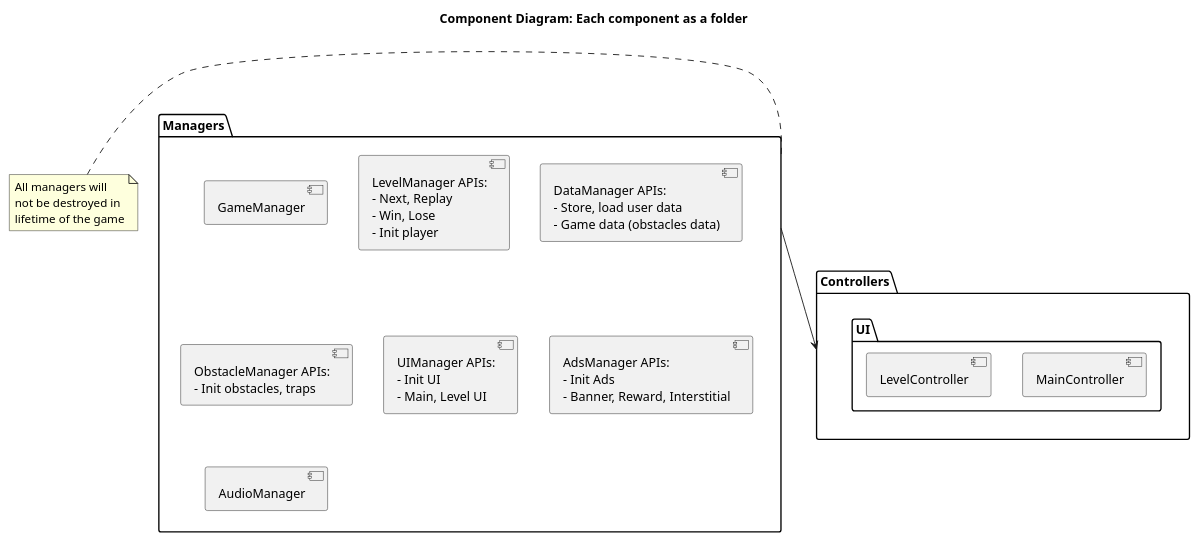
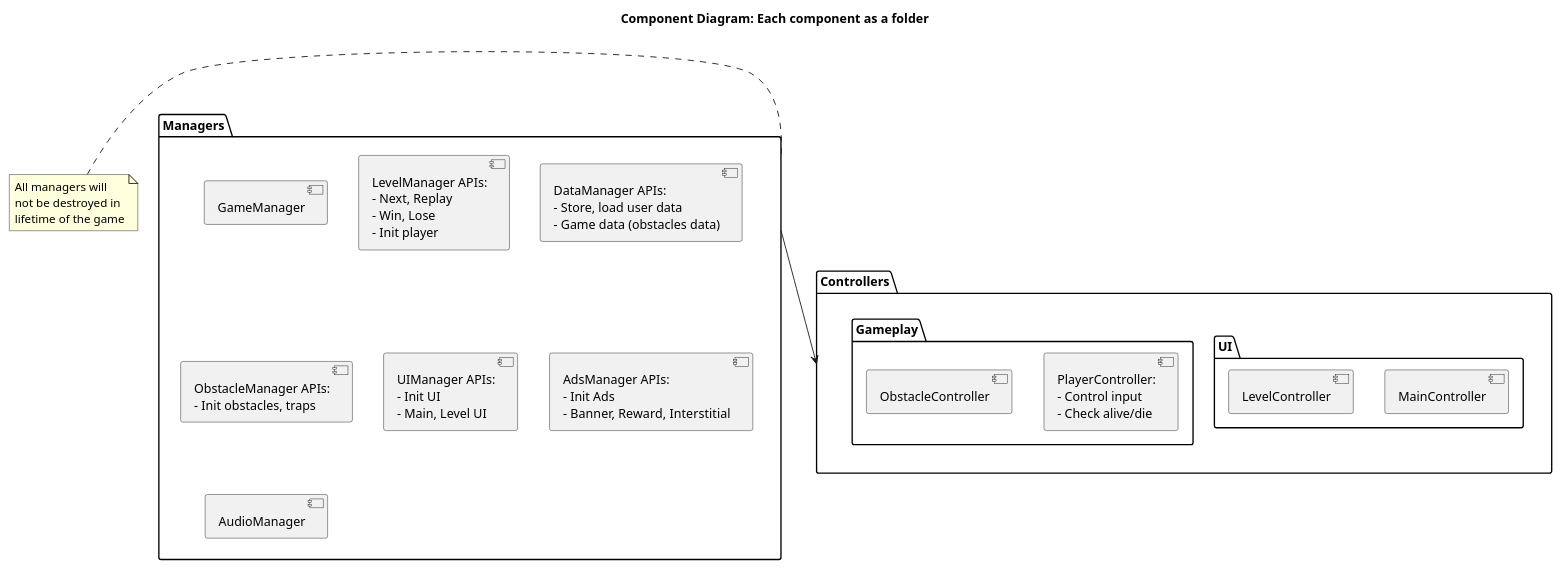
One commit to SmileDragonfly/Wukong-Troll---Die-Again changed the diagram in Docs/Diagram.puml. Above: the diagram before and after it, drawn with PlantUML. The commit also changed 278 other files, not shown here.

```diff
--- a/Docs/Diagram.puml
+++ b/Docs/Diagram.puml
@@ -1,46 +1,55 @@
 @startuml
 title Component Diagram: Each component as a folder
 package Managers {
     component GameManager
     component LevelManager [
         LevelManager APIs:
         - Next, Replay
         - Win, Lose
         - Init player
     ]
     component DataManager [
         DataManager APIs:
         - Store, load user data
         - Game data (obstacles data)
     ]
     component ObstacleManager [
         ObstacleManager APIs:
         - Init obstacles, traps
     ]
     component UIManager [
         UIManager APIs:
         - Init UI
         - Main, Level UI
     ]
     component AdsManager [
         AdsManager APIs:
         - Init Ads
         - Banner, Reward, Interstitial
     ]
     component AudioManager
 }
 note left of Managers
     All managers will 
     not be destroyed in 
     lifetime of the game
 end note
 
 package Controllers {
     package UI {
         component MainController
         component LevelController
     }
+
+    package Gameplay {
+        component PlayerController [
+            PlayerController:
+            - Control input
+            - Check alive/die
+        ]
+        component ObstacleController
+    }
 }
 
 Managers --> Controllers
 @enduml
```
